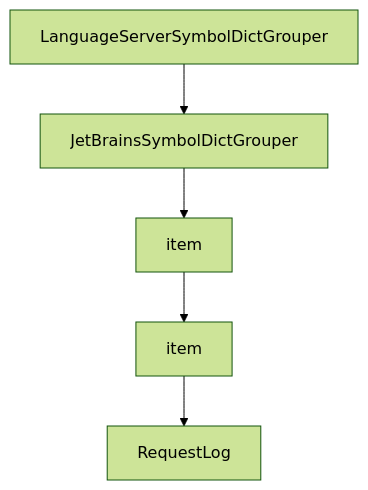
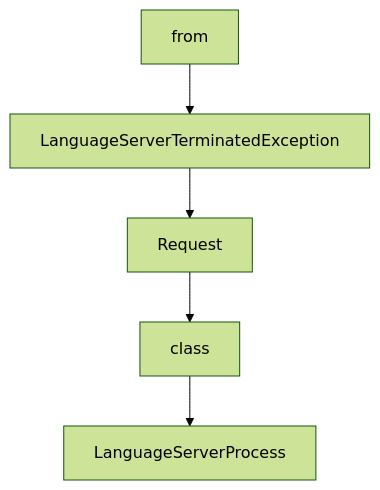
The diagram in tutorials/serena-tutorial/05-project-workflow-and-context-practices.md (johnxie/awesome-code-docs), drawn with Mermaid (forest theme) before and after one commit. The commit also changed other lines of this file and 1232 other files, not shown here.

````diff
--- a/tutorials/serena-tutorial/05-project-workflow-and-context-practices.md
+++ b/tutorials/serena-tutorial/05-project-workflow-and-context-practices.md
@@ -212,12 +218,12 @@
 ```mermaid
 flowchart TD
-    A[LanguageServerSymbolDictGrouper]
-    B[JetBrainsSymbolDictGrouper]
-    C[item]
-    D[item]
-    E[RequestLog]
+    A[from]
+    B[LanguageServerTerminatedException]
+    C[Request]
+    D[class]
+    E[LanguageServerProcess]
     A --> B
     B --> C
     C --> D
     D --> E
 ```
````
